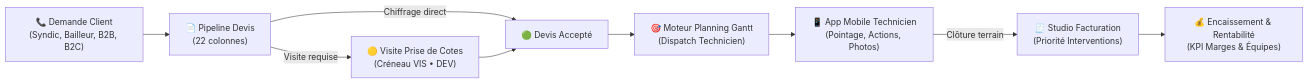
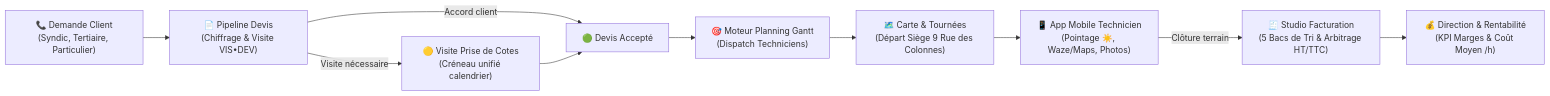
Before and after one commit to zehair-louzza/suivi-tce-hostinger: the diagram in README.md, drawn with Mermaid. The commit also changed other lines of this file and 17 other files, not shown here.

````diff
--- a/README.md
+++ b/README.md
@@ -39,11 +39,12 @@
 ```mermaid
 flowchart LR
-    A["📞 Demande Client<br/>(Syndic, Bailleur, B2B, B2C)"] --> B["📄 Pipeline Devis<br/>(22 colonnes)"]
-    B -->|Visite requise| C["🟡 Visite Prise de Cotes<br/>(Créneau VIS • DEV)"]
-    B -->|Chiffrage direct| D["🟢 Devis Accepté"]
+    A["📞 Demande Client<br/>(Syndic, Tertiaire, Particulier)"] --> B["📄 Pipeline Devis<br/>(Chiffrage & Visite VIS•DEV)"]
+    B -->|Visite nécessaire| C["🟡 Visite Prise de Cotes<br/>(Créneau unifié calendrier)"]
+    B -->|Accord client| D["🟢 Devis Accepté"]
     C --> D
-    D --> E["🎯 Moteur Planning Gantt<br/>(Dispatch Technicien)"]
-    E --> F["📱 App Mobile Technicien<br/>(Pointage, Actions, Photos)"]
-    F -->|Clôture terrain| G["🧾 Studio Facturation<br/>(Priorité Interventions)"]
-    G --> H["💰 Encaissement & Rentabilité<br/>(KPI Marges & Équipes)"]
+    D --> E["🎯 Moteur Planning Gantt<br/>(Dispatch Techniciens)"]
+    E --> F["🗺️ Carte & Tournées<br/>(Départ Siège 9 Rue des Colonnes)"]
+    F --> G["📱 App Mobile Technicien<br/>(Pointage ☀️, Waze/Maps, Photos)"]
+    G -->|Clôture terrain| H["🧾 Studio Facturation<br/>(5 Bacs de Tri & Arbitrage HT/TTC)"]
+    H --> I["💰 Direction & Rentabilité<br/>(KPI Marges & Coût Moyen /h)"]
 ```
````
